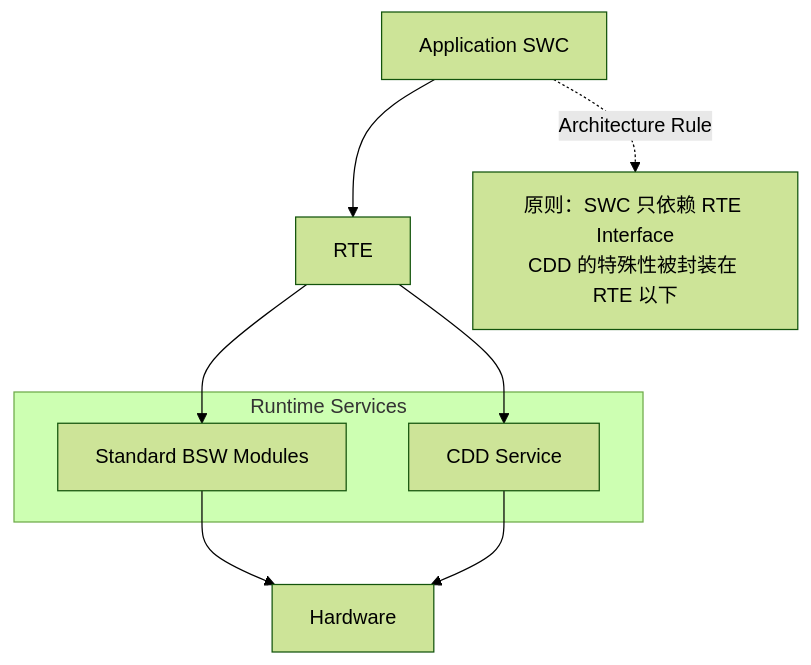
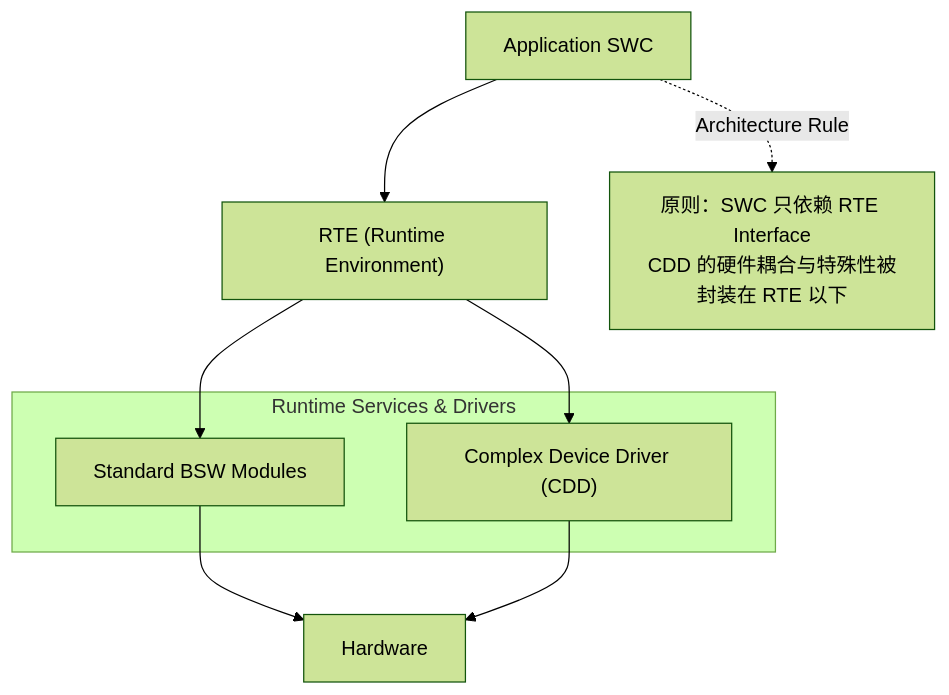
Before and after one commit to leehyon/garden: the first of 4 diagrams in content/autosar/autosar-classic.md, drawn with Mermaid (forest theme). The commit also changed other lines of this file, not shown here.

````diff
--- a/content/autosar/autosar-classic.md
+++ b/content/autosar/autosar-classic.md
@@ -23,26 +27,23 @@
 ```mermaid
 flowchart TB
 
     SWC["Application SWC"]
+    RTE["RTE (Runtime Environment)"]
 
-    RTE["RTE"]
-
-    subgraph Runtime["Runtime Services"]
+    subgraph Runtime["Runtime Services & Drivers"]
         BSW["Standard BSW Modules"]
-        CDD["CDD Service"]
+        CDD["Complex Device Driver (CDD)"]
     end
 
     HW["Hardware"]
 
     SWC --> RTE
-
     RTE --> BSW
     RTE --> CDD
 
     BSW --> HW
     CDD --> HW
 
-    Note["原则：SWC 只依赖 RTE Interface<br/>CDD 的特殊性被封装在 RTE 以下"]
-
+    Note["原则：SWC 只依赖 RTE Interface<br/>CDD 的硬件耦合与特殊性被封装在 RTE 以下"]
     SWC -. Architecture Rule .-> Note
 ```
````
